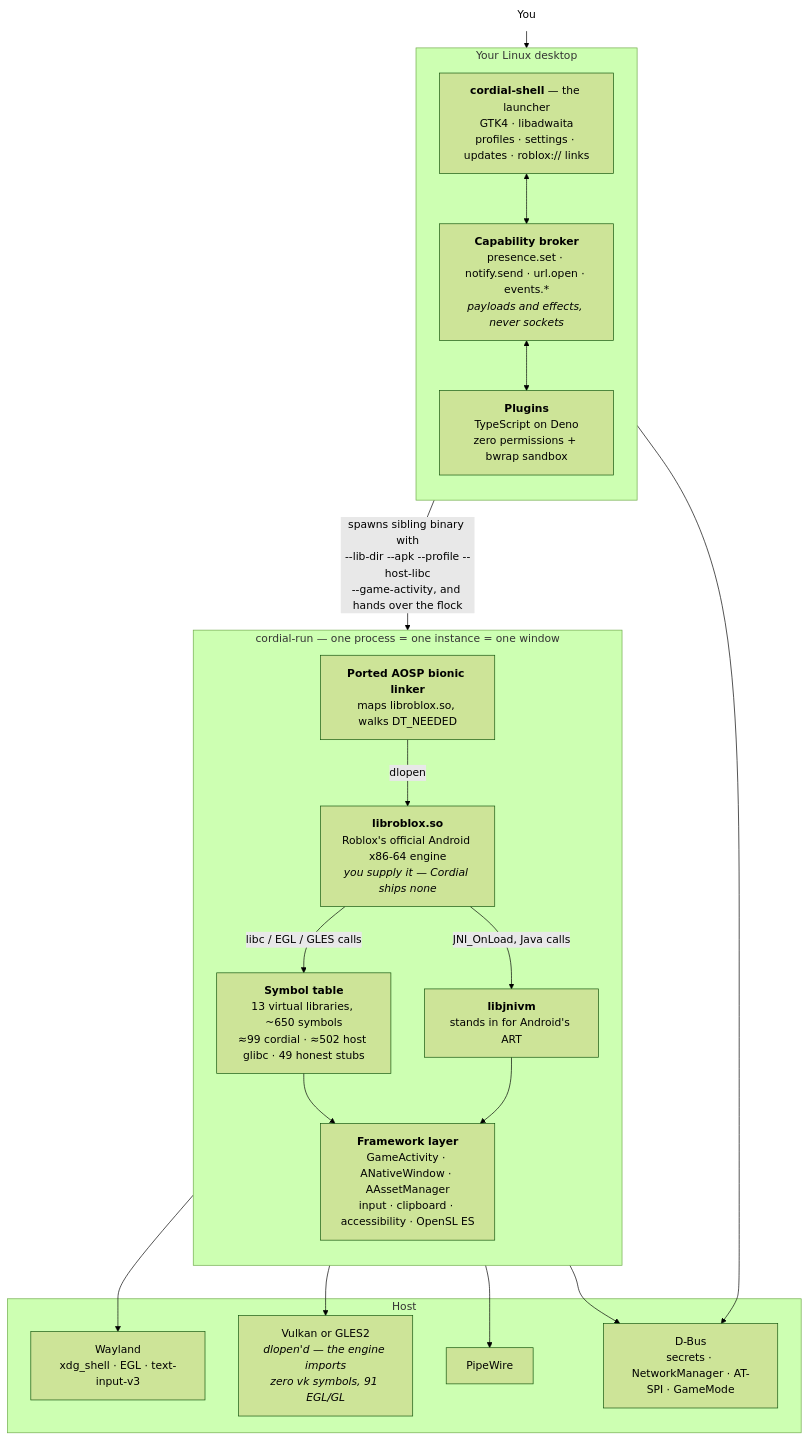
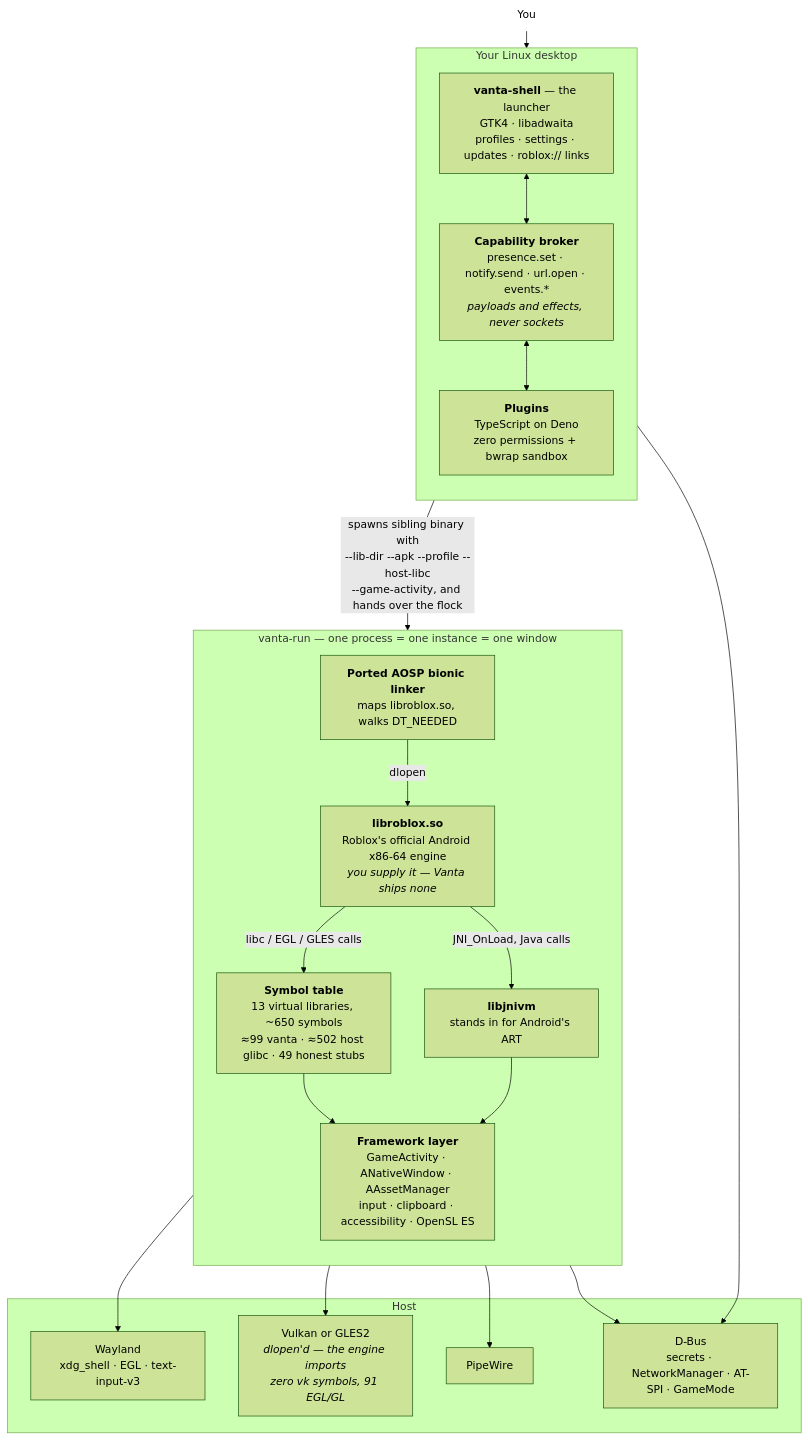
The diagram in architecture.md (gpt4omni/vanta), drawn with Mermaid (forest theme) before and after one commit. The commit also changed other lines of this file and 87 other files, not shown here.

````diff
--- a/architecture.md
+++ b/architecture.md
@@ -14,43 +14,43 @@
 ```mermaid
 flowchart TB
     you([You]):::u --> shell
 
     subgraph desk["Your Linux desktop"]
       direction TB
-      shell["<b>cordial-shell</b> — the launcher<br/>GTK4 · libadwaita<br/>profiles · settings · updates · roblox:// links"]
+      shell["<b>vanta-shell</b> — the launcher<br/>GTK4 · libadwaita<br/>profiles · settings · updates · roblox:// links"]
       broker["<b>Capability broker</b><br/>presence.set · notify.send · url.open · events.*<br/><i>payloads and effects, never sockets</i>"]
       plugins["<b>Plugins</b><br/>TypeScript on Deno<br/>zero permissions + bwrap sandbox"]
     end
 
     shell <--> broker
     broker <--> plugins
 
     shell -- "spawns sibling binary with<br/>--lib-dir --apk --profile --host-libc<br/>--game-activity, and hands over the flock" --> linker
 
-    subgraph run["cordial-run — one process = one instance = one window"]
+    subgraph run["vanta-run — one process = one instance = one window"]
       direction TB
       linker["<b>Ported AOSP bionic linker</b><br/>maps libroblox.so, walks DT_NEEDED"]
-      symtab["<b>Symbol table</b><br/>13 virtual libraries, ~650 symbols<br/>≈99 cordial · ≈502 host glibc · 49 honest stubs"]
+      symtab["<b>Symbol table</b><br/>13 virtual libraries, ~650 symbols<br/>≈99 vanta · ≈502 host glibc · 49 honest stubs"]
       jnivm["<b>libjnivm</b><br/>stands in for Android's ART"]
       fw["<b>Framework layer</b><br/>GameActivity · ANativeWindow · AAssetManager<br/>input · clipboard · accessibility · OpenSL ES"]
-      engine["<b>libroblox.so</b><br/>Roblox's official Android x86-64 engine<br/><i>you supply it — Cordial ships none</i>"]
+      engine["<b>libroblox.so</b><br/>Roblox's official Android x86-64 engine<br/><i>you supply it — Vanta ships none</i>"]
     end
 
     linker -- "dlopen" --> engine
     engine -- "libc / EGL / GLES calls" --> symtab
     engine -- "JNI_OnLoad, Java calls" --> jnivm
     symtab --> fw
     jnivm --> fw
 
     subgraph os["Host"]
       wl["Wayland<br/>xdg_shell · EGL · text-input-v3"]
       gpu["Vulkan or GLES2<br/><i>dlopen'd — the engine imports<br/>zero vk symbols, 91 EGL/GL</i>"]
       pw["PipeWire"]
       dbus["D-Bus<br/>secrets · NetworkManager · AT-SPI · GameMode"]
     end
 
     fw --> wl & gpu & pw & dbus
     shell --> dbus
 
     classDef u fill:none,stroke:none
 ```
````
